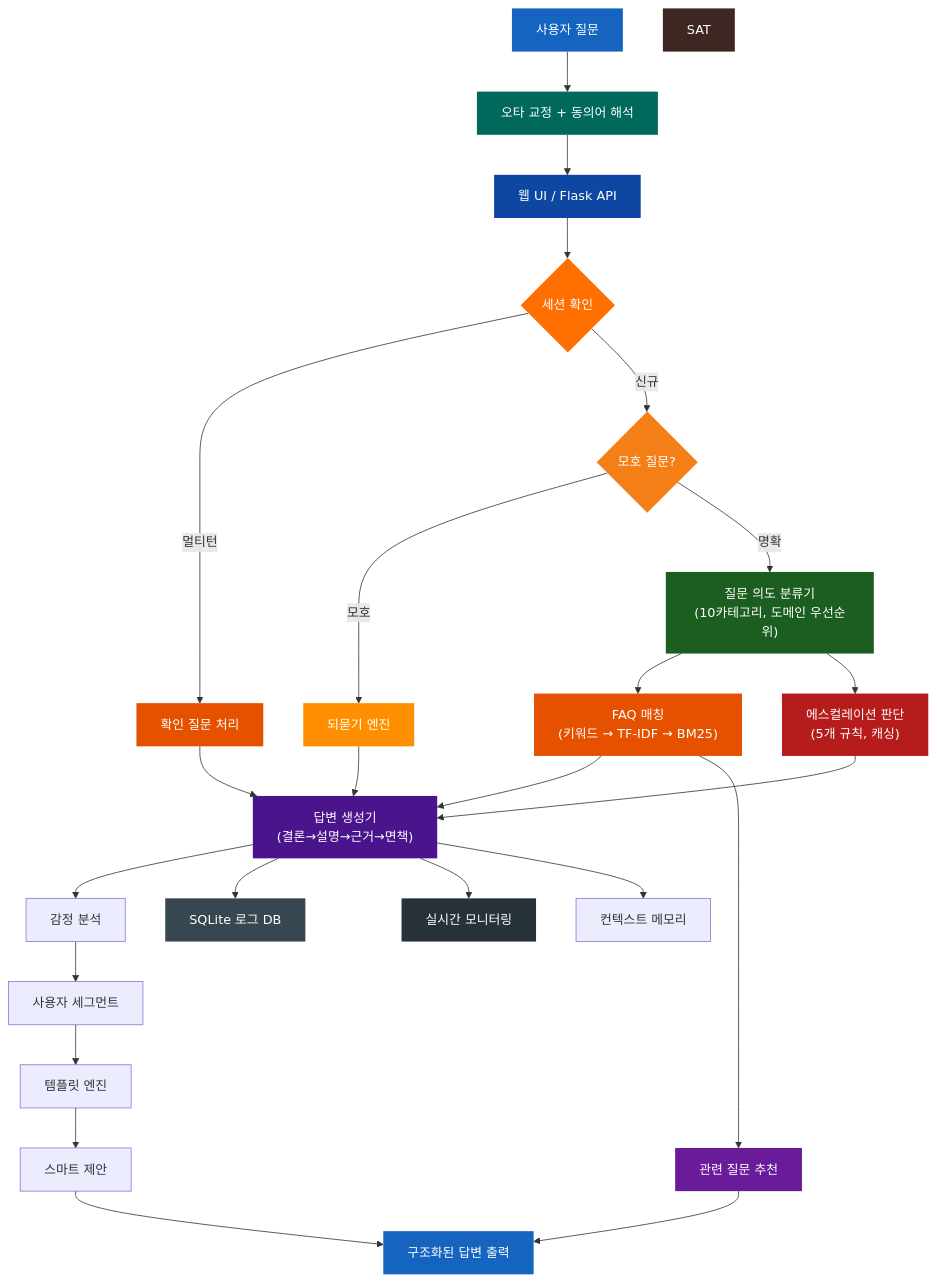
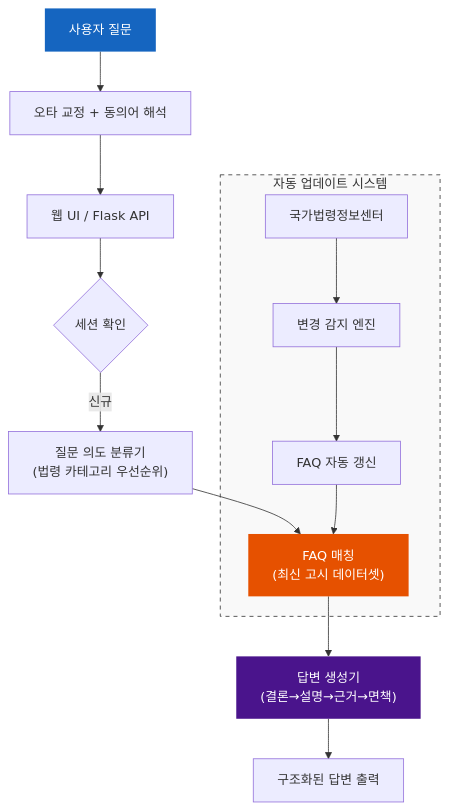
The diagram in README.md (sun475300-sudo/bonded-exhibition-chatbot-data), drawn with Mermaid before and after one commit. The commit also changed other lines of this file and 1 other file, not shown here.

Commit message:
Enhance: Final precision audit of FAQ data and update README with latest features

````diff
--- a/README.md
+++ b/README.md
@@ -132,43 +40,21 @@
 ```mermaid
 flowchart TB
     A["사용자 질문"] --> SC["오타 교정 + 동의어 해석"]
     SC --> B["웹 UI / Flask API"]
     B --> S{"세션 확인"}
-    S -->|멀티턴| MT["확인 질문 처리"]
-    S -->|신규| CLR{"모호 질문?"}
-    CLR -->|모호| ASK["되묻기 엔진"]
-    CLR -->|명확| C["질문 의도 분류기<br/>(10카테고리, 도메인 우선순위)"]
-    C --> D["FAQ 매칭<br/>(키워드 → TF-IDF → BM25)"]
-    C --> E["에스컬레이션 판단<br/>(5개 규칙, 캐싱)"]
+    S -->|신규| C["질문 의도 분류기<br/>(법령 카테고리 우선순위)"]
+    C --> D["FAQ 매칭<br/>(최신 고시 데이터셋)"]
     D --> F["답변 생성기<br/>(결론→설명→근거→면책)"]
-    D --> REC["관련 질문 추천"]
-    E --> F
-    MT --> F
-    ASK --> F
-    F --> SENT["감정 분석"]
-    SENT --> SEG["사용자 세그먼트"]
-    SEG --> TMPL["템플릿 엔진"]
-    TMPL --> SUG["스마트 제안"]
-    SUG --> G["구조화된 답변 출력"]
-    F --> LOG["SQLite 로그 DB"]
-    F --> MON["실시간 모니터링"]
-    F --> CTX["컨텍스트 메모리"]
-    REC --> G
+    F --> G["구조화된 답변 출력"]
+    
+    subgraph Update["자동 업데이트 시스템"]
+        L["국가법령정보센터"] --> M["변경 감지 엔진"]
+        M --> N["FAQ 자동 갱신"]
+        N --> D
+    end
 
     style A fill:#1565C0,color:#fff,stroke:none
-    style SC fill:#00695C,color:#fff,stroke:none
-    style B fill:#0D47A1,color:#fff,stroke:none
-    style S fill:#FF6F00,color:#fff,stroke:none
-    style MT fill:#E65100,color:#fff,stroke:none
-    style CLR fill:#F57F17,color:#fff,stroke:none
-    style ASK fill:#FF8F00,color:#fff,stroke:none
-    style C fill:#1B5E20,color:#fff,stroke:none
     style D fill:#E65100,color:#fff,stroke:none
-    style E fill:#B71C1C,color:#fff,stroke:none
     style F fill:#4A148C,color:#fff,stroke:none
-    style REC fill:#6A1B9A,color:#fff,stroke:none
-    style LOG fill:#37474F,color:#fff,stroke:none
-    style MON fill:#263238,color:#fff,stroke:none
-    style SAT fill:#3E2723,color:#fff,stroke:none
-    style G fill:#1565C0,color:#fff,stroke:none
+    style Update fill:#f9f9f9,stroke:#333,stroke-dasharray: 5 5
 ```
````
